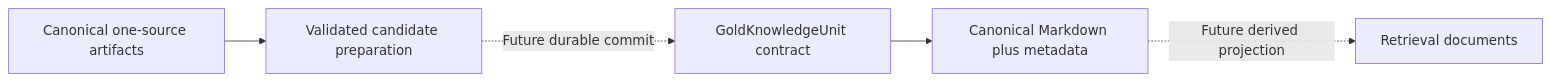
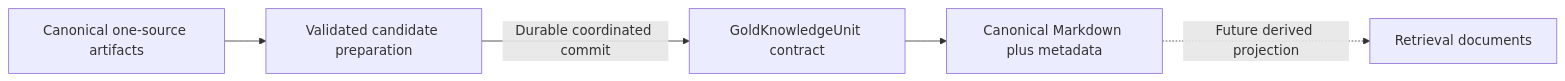
Before and after one commit to alexander-rewitzer/league-knowledge-platform: the third of 9 diagrams in docs/architecture.md, drawn with Mermaid. The commit also changed other lines of this file and 11 other files, not shown here.

Commit message:
Add durable Gold integration commit, history and replay

````diff
--- a/docs/architecture.md
+++ b/docs/architecture.md
@@ -115,7 +115,7 @@
 ```mermaid
 flowchart LR
     S["Canonical one-source artifacts"] --> P["Validated candidate preparation"]
-    P -. "Future durable commit" .-> U["GoldKnowledgeUnit contract"]
+    P -- "Durable coordinated commit" --> U["GoldKnowledgeUnit contract"]
     U --> M["Canonical Markdown plus metadata"]
     M -. "Future derived projection" .-> R["Retrieval documents"]
 ```
````
